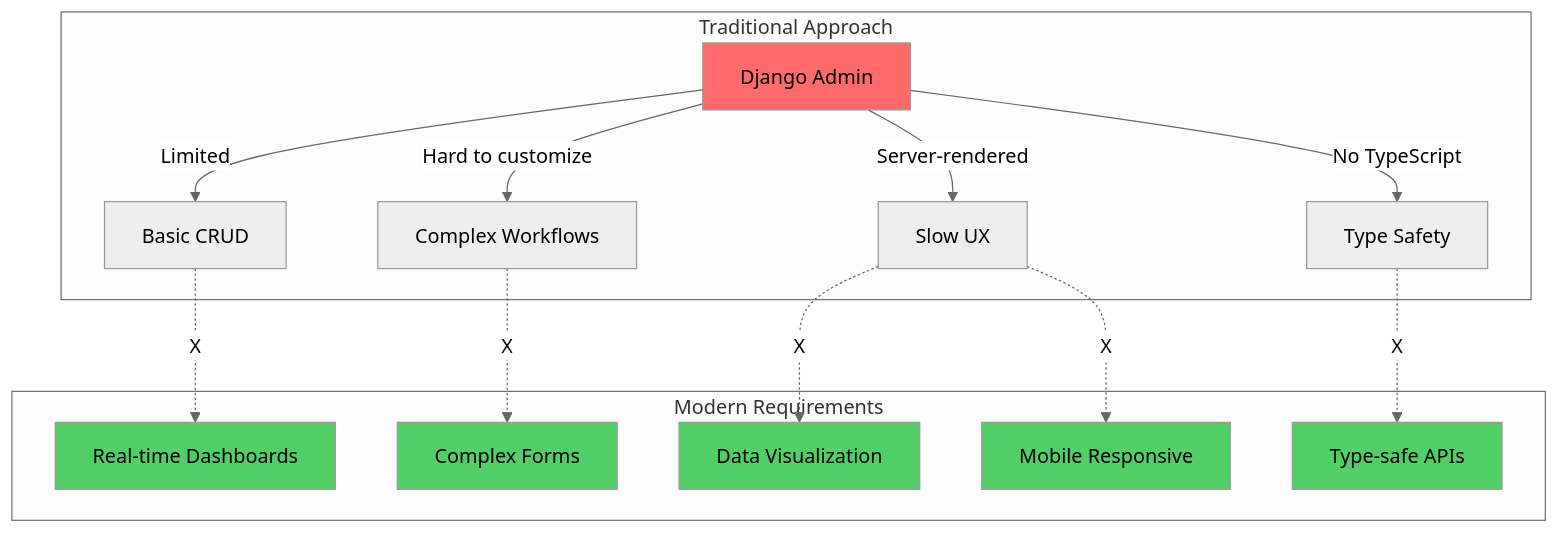
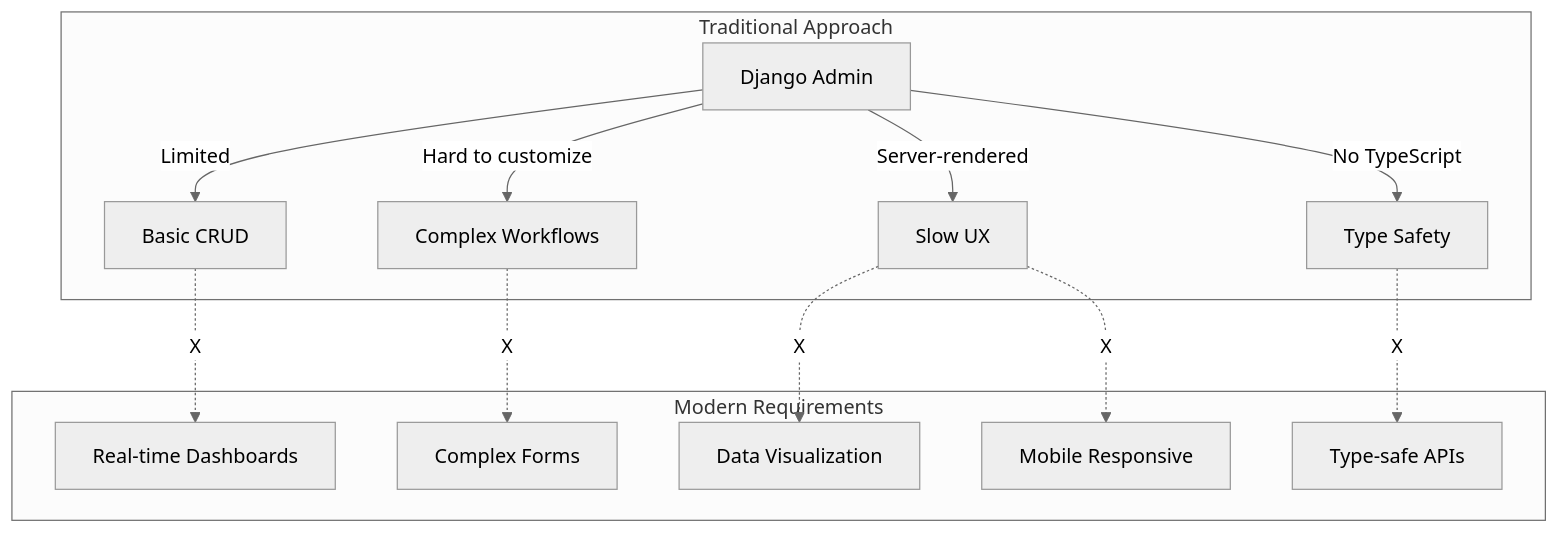
Before and after one commit to markolofsen/django-cfg: the first of 10 diagrams in docs/features/integrations/nextjs-admin/concepts.md, drawn with Mermaid (neutral theme). The commit also changed other lines of this file and 12 other files, not shown here.

````diff
--- a/docs/features/integrations/nextjs-admin/concepts.md
+++ b/docs/features/integrations/nextjs-admin/concepts.md
@@ -20,30 +20,23 @@
 ```mermaid
 graph TB
     subgraph "Traditional Approach"
         A[Django Admin] -->|Limited| B[Basic CRUD]
         A -->|Hard to customize| C[Complex Workflows]
         A -->|Server-rendered| D[Slow UX]
         A -->|No TypeScript| E[Type Safety]
     end
 
     subgraph "Modern Requirements"
         F[Real-time Dashboards]
         G[Complex Forms]
         H[Data Visualization]
         I[Mobile Responsive]
         J[Type-safe APIs]
     end
 
     B -.X.-> F
     C -.X.-> G
     D -.X.-> H
     D -.X.-> I
     E -.X.-> J
-
-    style A fill:#ff6b6b
-    style F fill:#51cf66
-    style G fill:#51cf66
-    style H fill:#51cf66
-    style I fill:#51cf66
-    style J fill:#51cf66
 ```
````
